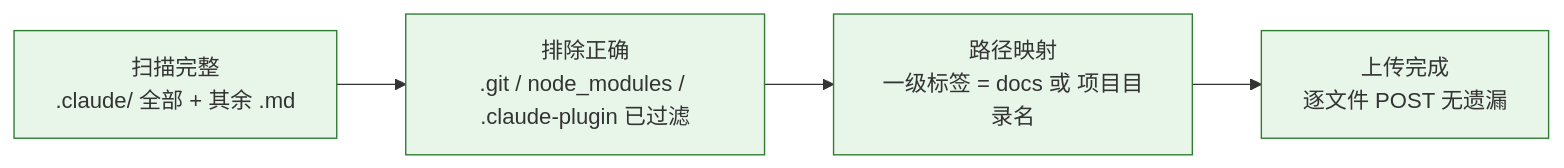
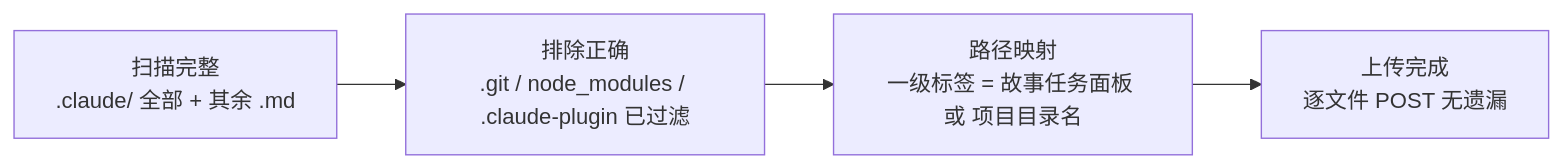
The eighth of 8 diagrams in skills/rui-import/SKILL.md (effiy/YrY), drawn with Mermaid before and after one commit. The commit also changed other lines of this file and 38 other files, not shown here.

````diff
--- a/skills/rui-import/SKILL.md
+++ b/skills/rui-import/SKILL.md
@@ -332,8 +301,6 @@
 ```mermaid
 flowchart LR
     S1["扫描完整<br/>.claude/ 全部 + 其余 .md"]:::sig --> S2["排除正确<br/>.git / node_modules / .claude-plugin 已过滤"]:::sig
-    S2 --> S3["路径映射<br/>一级标签 = docs 或 项目目录名"]:::sig
+    S2 --> S3["路径映射<br/>一级标签 = 故事任务面板 或 项目目录名"]:::sig
     S3 --> S4["上传完成<br/>逐文件 POST 无遗漏"]:::sig
-
-    classDef sig fill:#e8f5e9,stroke:#2e7d32;
 ```
````
